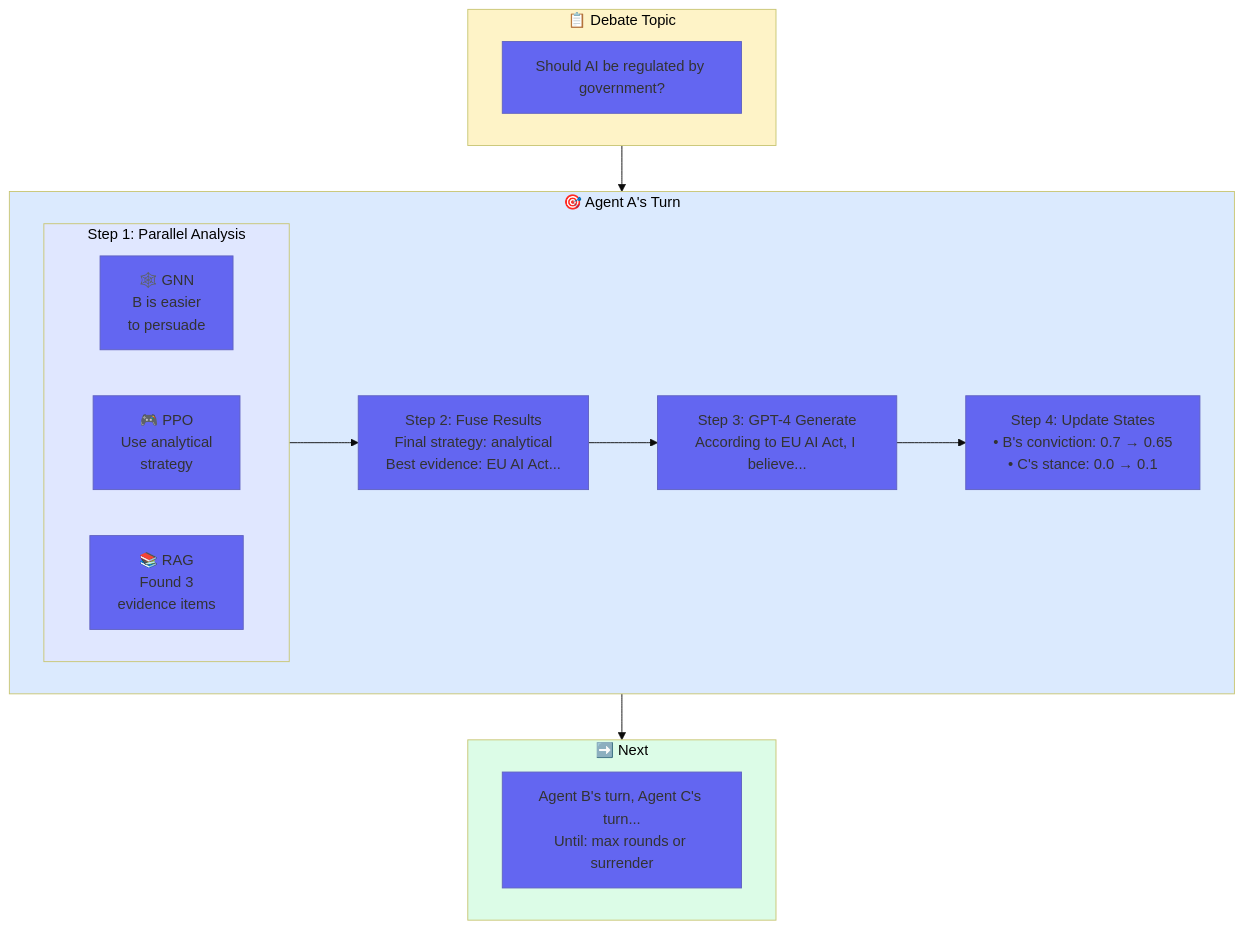
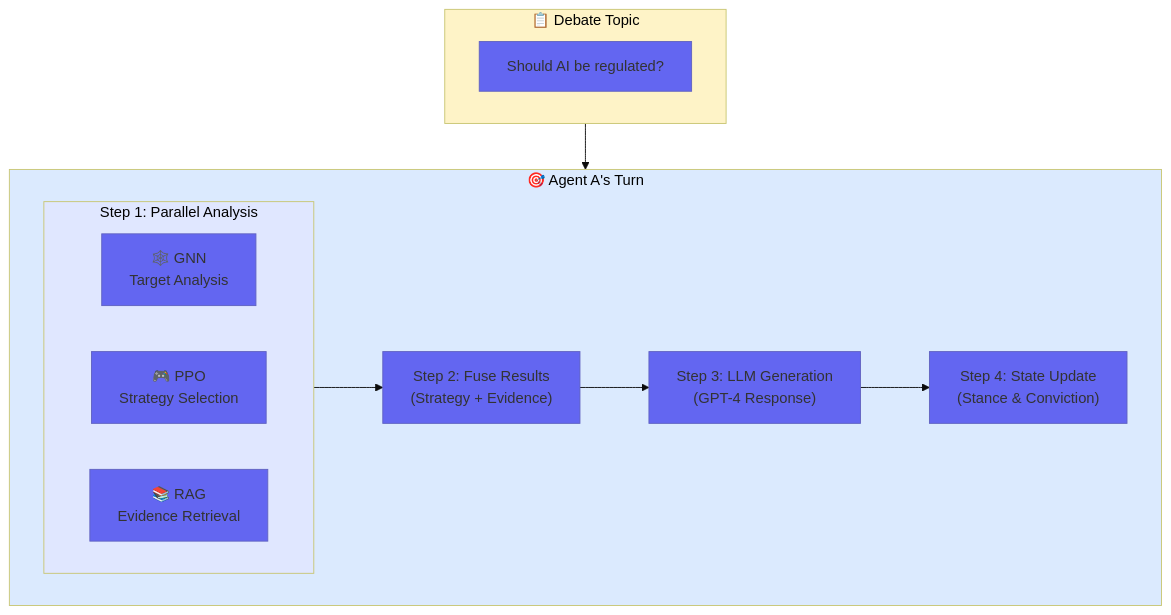
One commit to AluminumShark/Social-Debate-AI changed the first of 4 diagrams in docs/LEARNING_NOTE.md. Above: the diagram before and after it, drawn with Mermaid. The commit also changed other lines of this file and 2 other files, not shown here.

Commit message:
docs: split learning notes into EN/ZH versions and remove mermaid from docs readme

````diff
--- a/docs/LEARNING_NOTE.md
+++ b/docs/LEARNING_NOTE.md
@@ -55,35 +55,27 @@
 ```mermaid
 %%{init: {'theme': 'base', 'themeVariables': { 'primaryColor': '#6366f1'}}}%%
 flowchart TB
     subgraph Topic["📋 Debate Topic"]
-        Q["Should AI be regulated by government?"]
+        Q["Should AI be regulated?"]
     end
 
     subgraph Turn["🎯 Agent A's Turn"]
         subgraph Step1["Step 1: Parallel Analysis"]
             direction LR
-            GNN["🕸️ GNN<br/>B is easier<br/>to persuade"]
-            PPO["🎮 PPO<br/>Use analytical<br/>strategy"]
-            RAG["📚 RAG<br/>Found 3<br/>evidence items"]
+            GNN["🕸️ GNN<br/>Target Analysis"]
+            PPO["🎮 PPO<br/>Strategy Selection"]
+            RAG["📚 RAG<br/>Evidence Retrieval"]
         end
 
-        Step2["Step 2: Fuse Results<br/>Final strategy: analytical<br/>Best evidence: EU AI Act..."]
-        Step3["Step 3: GPT-4 Generate<br/>According to EU AI Act, I believe..."]
-        Step4["Step 4: Update States<br/>• B's conviction: 0.7 → 0.65<br/>• C's stance: 0.0 → 0.1"]
-    end
-
-    subgraph Next["➡️ Next"]
-        N["Agent B's turn, Agent C's turn...<br/>Until: max rounds or surrender"]
+        Step2["Step 2: Fuse Results<br/>(Strategy + Evidence)"]
+        Step3["Step 3: LLM Generation<br/>(GPT-4 Response)"]
+        Step4["Step 4: State Update<br/>(Stance & Conviction)"]
     end
 
     Topic --> Turn
-    Step1 --> Step2
-    Step2 --> Step3
-    Step3 --> Step4
-    Turn --> Next
+    Step1 --> Step2 --> Step3 --> Step4
 
     style Topic fill:#fef3c7,color:#000
     style Turn fill:#dbeafe,color:#000
-    style Next fill:#dcfce7,color:#000
     style Step1 fill:#e0e7ff,color:#000
 ```
````
